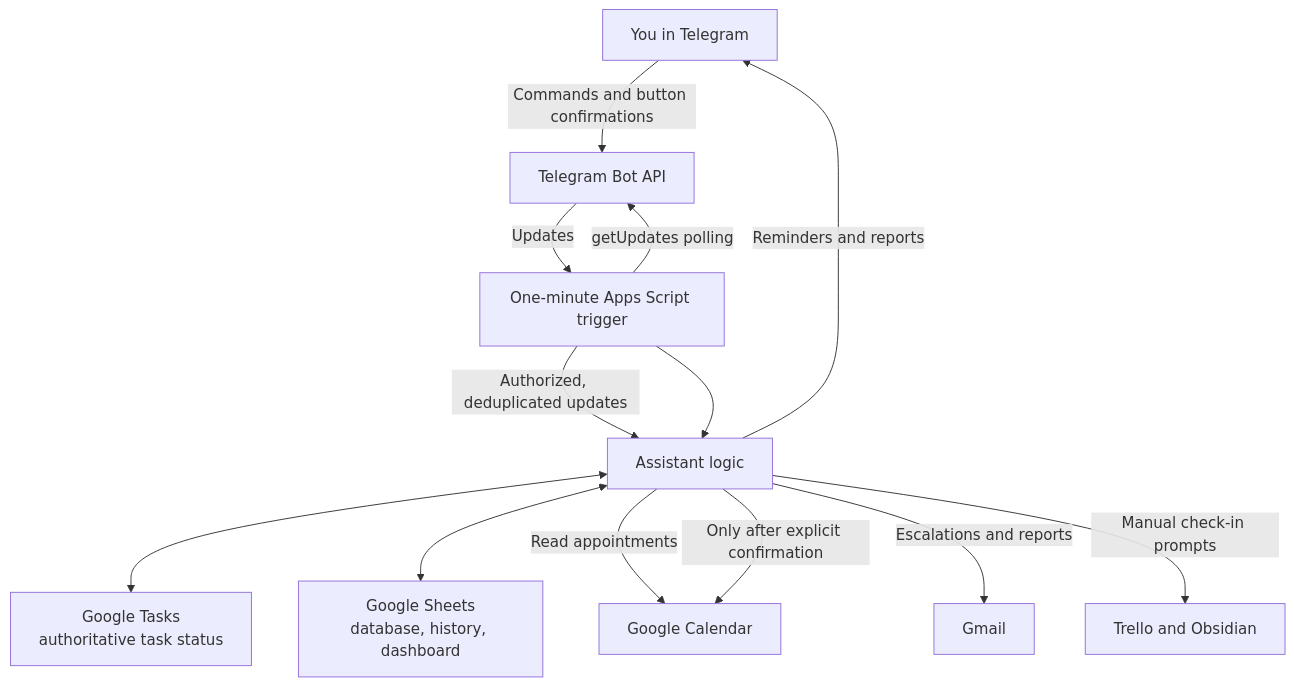
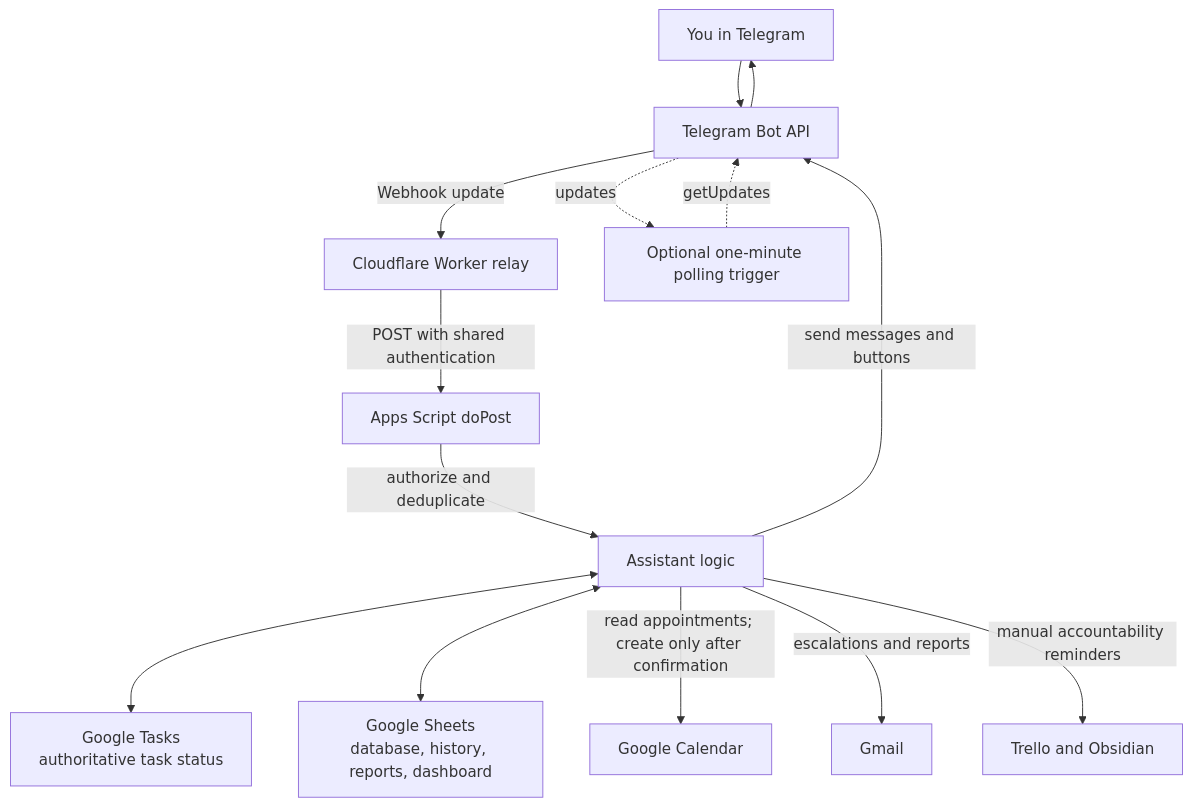
Before and after one commit to mhishameg-lab/Tasks-Manager-Google-Products-focused: the diagram in README.md, drawn with Mermaid. The commit also changed other lines of this file and 6 other files, not shown here.

Commit message:
Add Telegram webhook relay

````diff
--- a/README.md
+++ b/README.md
@@ -7,15 +7,16 @@
 ```mermaid
 flowchart TD
-    U[You in Telegram] -->|Commands and button confirmations| TGB[Telegram Bot API]
-    P[One-minute Apps Script trigger] -->|getUpdates polling| TGB
-    TGB -->|Updates| P
-    P -->|Authorized, deduplicated updates| A[Assistant logic]
-    A <--> T[Google Tasks<br/>authoritative task status]
-    A <--> S[Google Sheets<br/>database, history, dashboard]
-    A -->|Read appointments| C[Google Calendar]
-    A -->|Only after explicit confirmation| C
-    A -->|Reminders and reports| U
-    A -->|Escalations and reports| G[Gmail]
-    A -->|Manual check-in prompts| M[Trello and Obsidian]
-    P --> A
+    U[You in Telegram] --> T[Telegram Bot API]
+    T -->|Webhook update| W[Cloudflare Worker relay]
+    W -->|POST with shared authentication| A[Apps Script doPost]
+    P[Optional one-minute polling trigger] -. getUpdates .-> T
+    T -. updates .-> P
+    A -->|authorize and deduplicate| B[Assistant logic]
+    B <--> G[Google Tasks<br/>authoritative task status]
+    B <--> S[Google Sheets<br/>database, history, reports, dashboard]
+    B -->|read appointments; create only after confirmation| C[Google Calendar]
+    B -->|send messages and buttons| T
+    T --> U
+    B -->|escalations and reports| M[Gmail]
+    B -->|manual accountability reminders| O[Trello and Obsidian]
 ```
````
